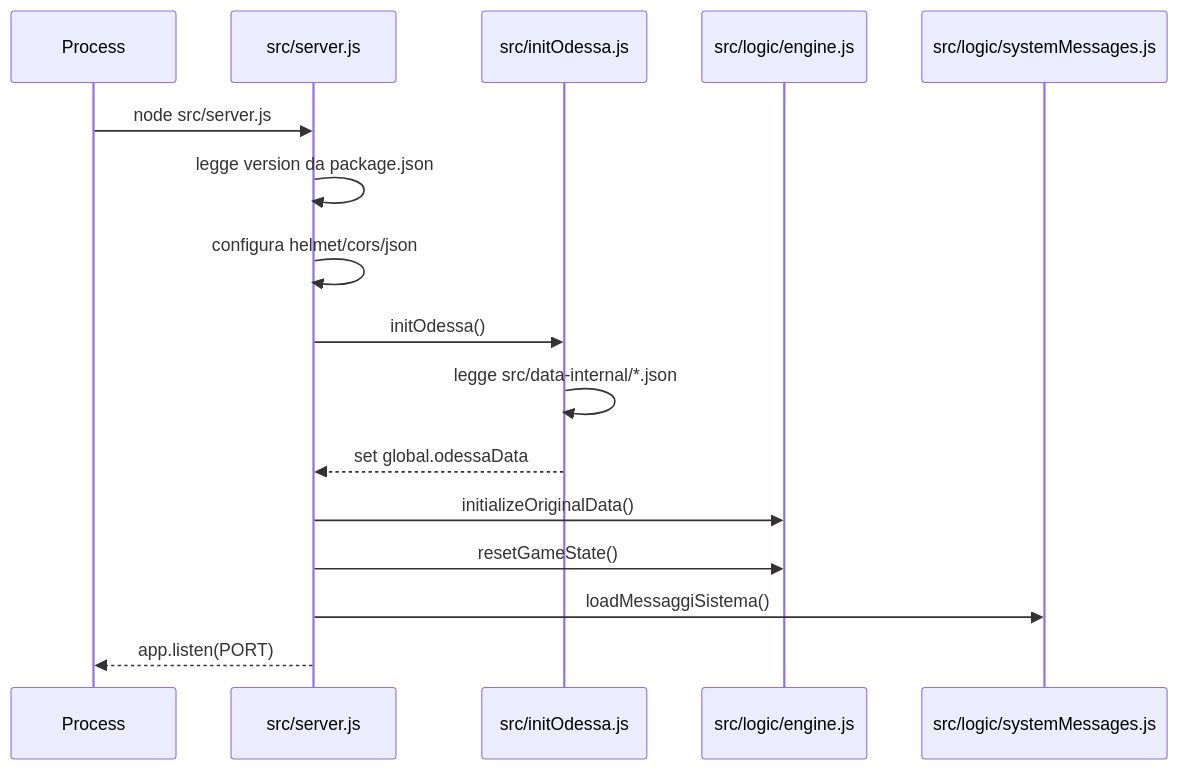
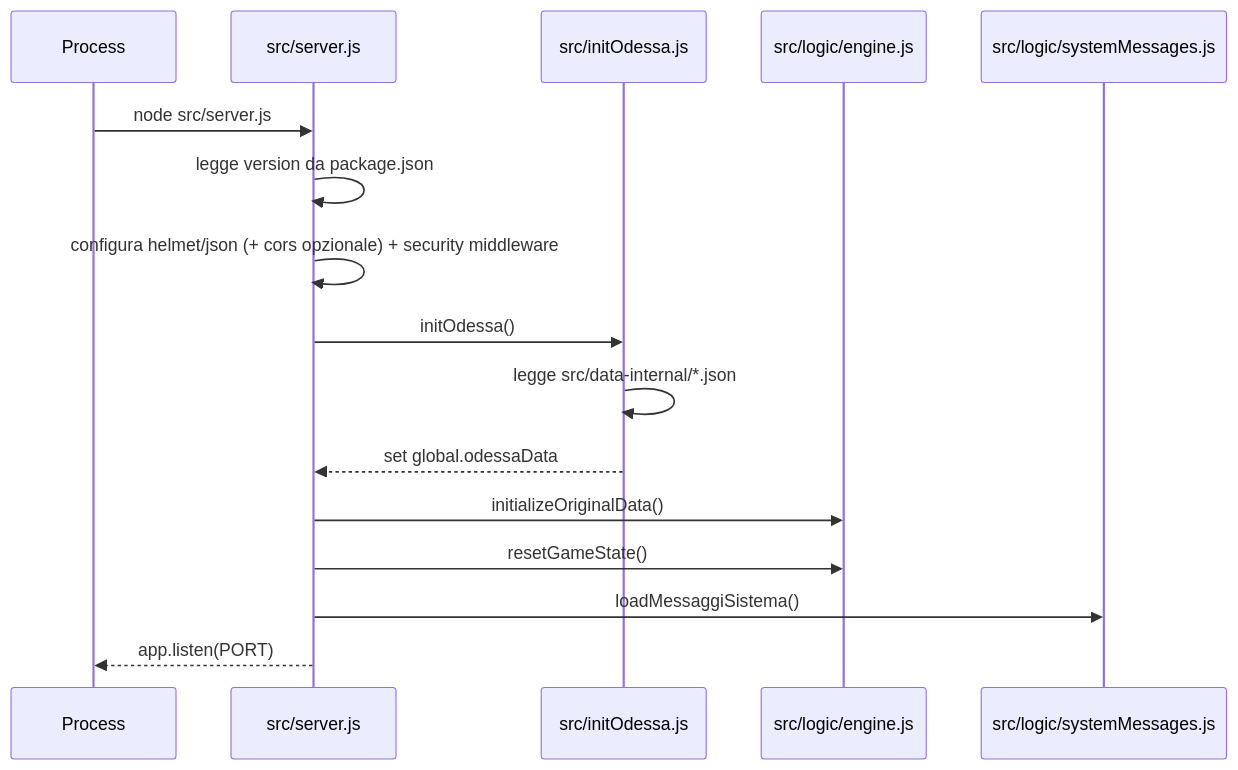
One commit to Aqualung61/MissioneOdessa changed the second of 8 diagrams in docs/20260108_architettura_applicativa_01.md. Above: the diagram before and after it, drawn with Mermaid. The commit also changed other lines of this file and 21 other files, not shown here.

````diff
--- a/docs/20260108_architettura_applicativa_01.md
+++ b/docs/20260108_architettura_applicativa_01.md
@@ -97,19 +97,19 @@
 ```mermaid
 sequenceDiagram
   participant OS as Process
   participant S as src/server.js
   participant L as src/initOdessa.js
   participant E as src/logic/engine.js
   participant M as src/logic/systemMessages.js
 
   OS->>S: node src/server.js
   S->>S: legge version da package.json
-  S->>S: configura helmet/cors/json
+  S->>S: configura helmet/json (+ cors opzionale) + security middleware
   S->>L: initOdessa()
   L->>L: legge src/data-internal/*.json
   L-->>S: set global.odessaData
   S->>E: initializeOriginalData()
   S->>E: resetGameState()
   S->>M: loadMessaggiSistema()
   S-->>OS: app.listen(PORT)
 ```
````
